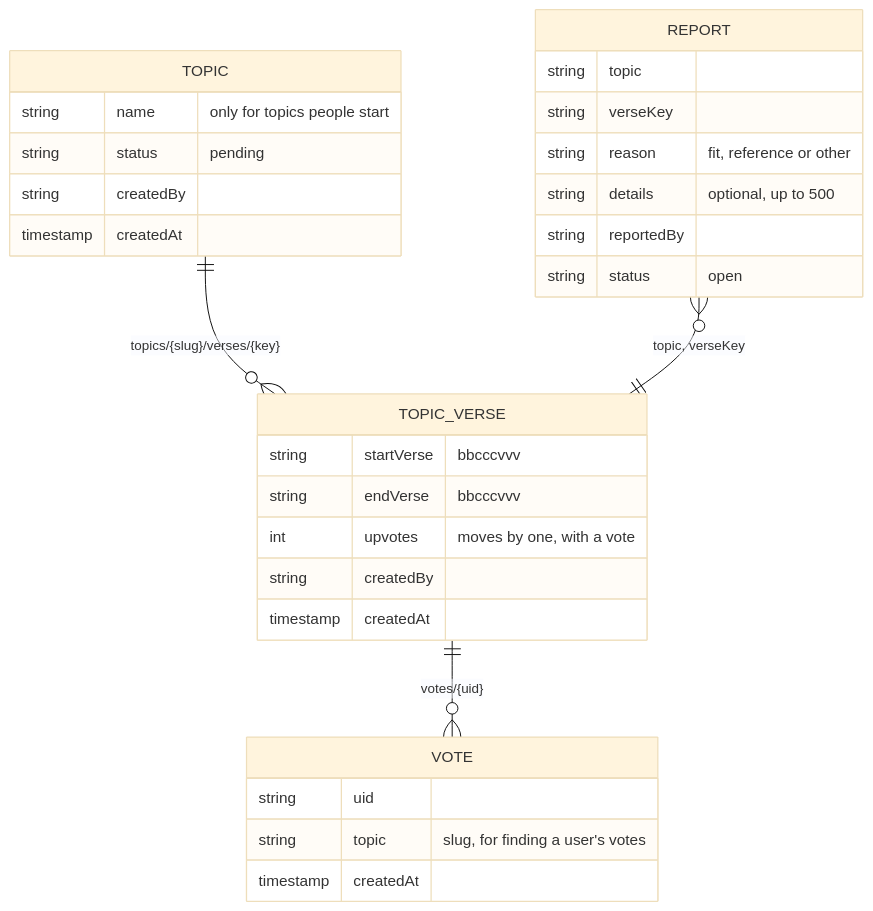
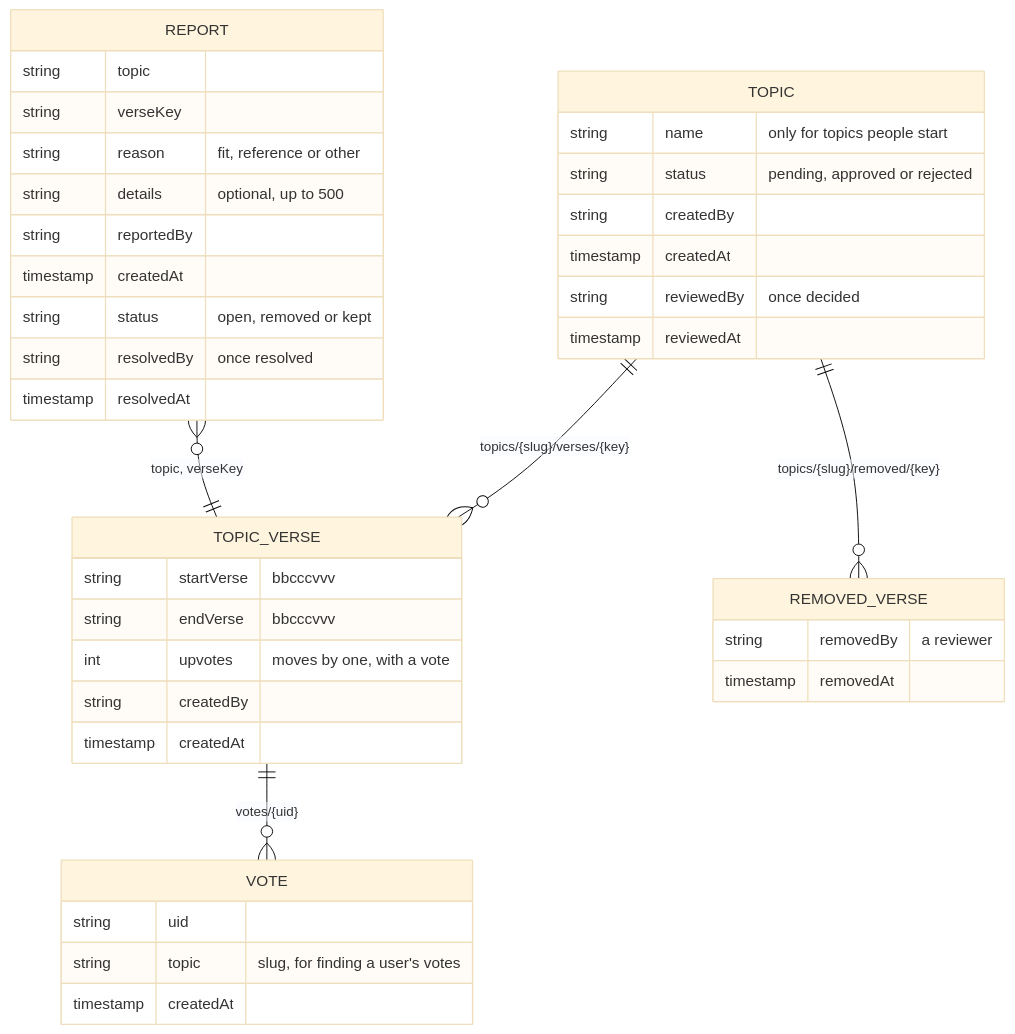
Before and after one commit to Valiance-Studios/bible-center: the ninth of 16 diagrams in ARCHITECTURE.md, drawn with Mermaid (base theme). The commit also changed other lines of this file and 60 other files, not shown here.

````diff
--- a/ARCHITECTURE.md
+++ b/ARCHITECTURE.md
@@ -393,32 +402,42 @@
 ```mermaid
 erDiagram
   TOPIC ||--o{ TOPIC_VERSE : "topics/{slug}/verses/{key}"
+  TOPIC ||--o{ REMOVED_VERSE : "topics/{slug}/removed/{key}"
   TOPIC_VERSE ||--o{ VOTE : "votes/{uid}"
   REPORT }o--|| TOPIC_VERSE : "topic, verseKey"
   TOPIC {
     string name "only for topics people start"
-    string status "pending"
+    string status "pending, approved or rejected"
     string createdBy
     timestamp createdAt
+    string reviewedBy "once decided"
+    timestamp reviewedAt
+  }
+  REMOVED_VERSE {
+    string removedBy "a reviewer"
+    timestamp removedAt
   }
   TOPIC_VERSE {
     string startVerse "bbcccvvv"
     string endVerse "bbcccvvv"
     int upvotes "moves by one, with a vote"
     string createdBy
     timestamp createdAt
   }
   VOTE {
     string uid
     string topic "slug, for finding a user's votes"
     timestamp createdAt
   }
   REPORT {
     string topic
     string verseKey
     string reason "fit, reference or other"
     string details "optional, up to 500"
     string reportedBy
-    string status "open"
+    timestamp createdAt
+    string status "open, removed or kept"
+    string resolvedBy "once resolved"
+    timestamp resolvedAt
   }
 ```
````
